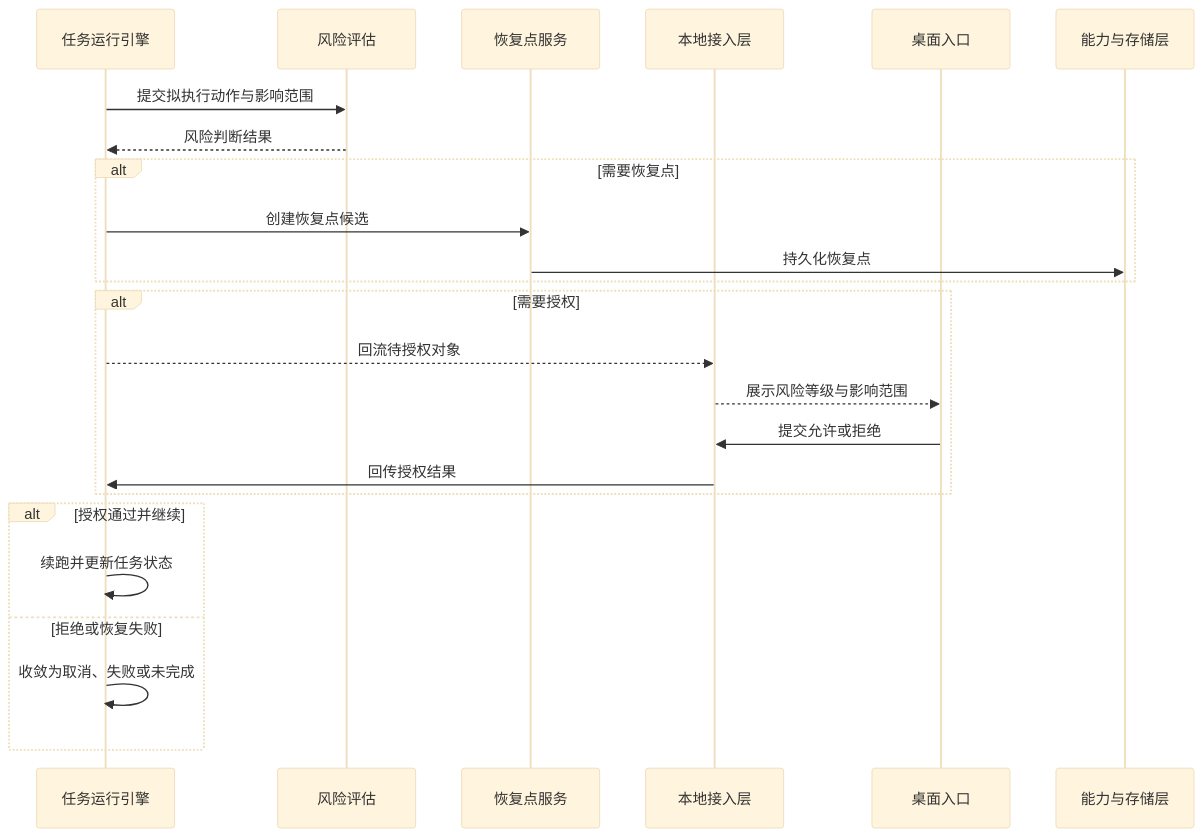
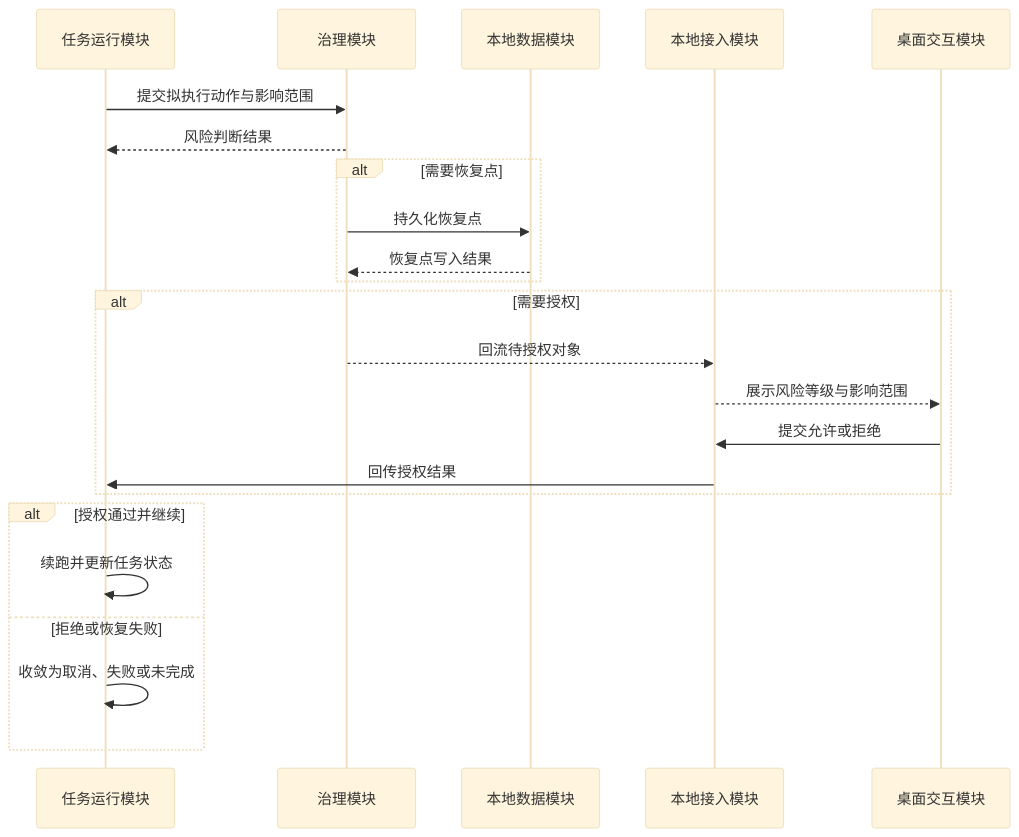
One commit to 1024XEngineer/CialloClaw changed the fourth of 7 diagrams in docs/architecture-overview.md. Above: the diagram before and after it, drawn with Mermaid (base theme). The commit also changed other lines of this file, not shown here.

Commit message:
docs: update architecture overview module framing

````diff
--- a/docs/architecture-overview.md
+++ b/docs/architecture-overview.md
@@ -520,27 +634,26 @@
 ```mermaid
 sequenceDiagram
-    participant RUN as 任务运行引擎
-    participant RISK as 风险评估
-    participant CKPT as 恢复点服务
-    participant RPC as 本地接入层
-    participant UI as 桌面入口
-    participant STORE as 能力与存储层
+    participant RUN as 任务运行模块
+    participant GOV as 治理模块
+    participant STORE as 本地数据模块
+    participant RPC as 本地接入模块
+    participant UI as 桌面交互模块
 
-    RUN->>RISK: 提交拟执行动作与影响范围
-    RISK-->>RUN: 风险判断结果
+    RUN->>GOV: 提交拟执行动作与影响范围
+    GOV-->>RUN: 风险判断结果
     alt 需要恢复点
-        RUN->>CKPT: 创建恢复点候选
-        CKPT->>STORE: 持久化恢复点
+        GOV->>STORE: 持久化恢复点
+        STORE-->>GOV: 恢复点写入结果
     end
     alt 需要授权
-        RUN-->>RPC: 回流待授权对象
+        GOV-->>RPC: 回流待授权对象
         RPC-->>UI: 展示风险等级与影响范围
         UI->>RPC: 提交允许或拒绝
         RPC->>RUN: 回传授权结果
     end
     alt 授权通过并继续
         RUN->>RUN: 续跑并更新任务状态
     else 拒绝或恢复失败
         RUN->>RUN: 收敛为取消、失败或未完成
     end
 ```
````
